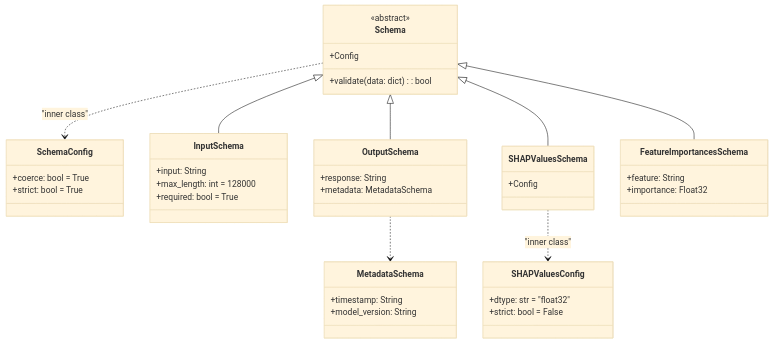
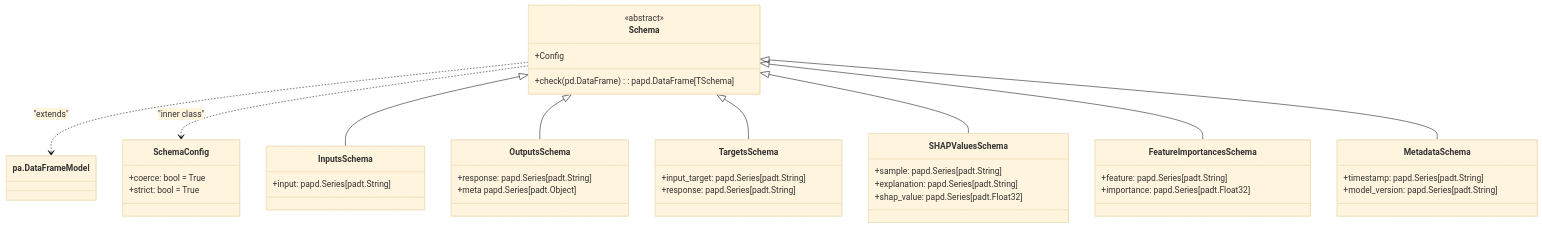
Before and after one commit to lgcorzo/llmops-python-package: the diagram in Documents/Schemas_stories.md, drawn with Mermaid (base theme). The commit also changed other lines of this file and 25 other files, not shown here.

````diff
--- a/Documents/Schemas_stories.md
+++ b/Documents/Schemas_stories.md
@@ -14,59 +23,59 @@
 ```mermaid
 classDiagram
-    %% Base Schema Class
+    %% Base Class: Schema
     class Schema {
         <<abstract>>
         +Config
-        +validate(data: dict): bool
+        +check( pd.DataFrame): papd.DataFrame[TSchema]
     }
+    Schema ..> pa.DataFrameModel : "extends"
 
     %% Schema Config
     class SchemaConfig {
         +coerce: bool = True
         +strict: bool = True
     }
     Schema ..> SchemaConfig : "inner class"
 
-    %% InputSchema
-    class InputSchema {
-        +input: String
-        +max_length: int = 128000
-        +required: bool = True
+    %% InputsSchema
+    class InputsSchema {
+        +input: papd.Series[padt.String]
     }
-    Schema <|-- InputSchema
+    Schema <|-- InputsSchema
 
-    %% OutputSchema
-    class OutputSchema {
-        +response: String
-        +metadata: MetadataSchema
+    %% OutputsSchema
+    class OutputsSchema {
+        +response: papd.Series[padt.String]
+        +meta papd.Series[padt.Object]
     }
-    Schema <|-- OutputSchema
+    Schema <|-- OutputsSchema
 
-    %% MetadataSchema
-    class MetadataSchema {
-        +timestamp: String
-        +model_version: String
+    %% TargetsSchema
+    class TargetsSchema {
+        +input_target: papd.Series[padt.String]
+        +response: papd.Series[padt.String]
     }
-    OutputSchema ..> MetadataSchema
+    Schema <|-- TargetsSchema
 
     %% SHAPValuesSchema
     class SHAPValuesSchema {
-        +Config
+        +sample: papd.Series[padt.String]
+        +explanation: papd.Series[padt.String]
+        +shap_value: papd.Series[padt.Float32]
     }
     Schema <|-- SHAPValuesSchema
 
-    class SHAPValuesConfig {
-        +dtype: str = "float32"
-        +strict: bool = False
-    }
-    SHAPValuesSchema ..> SHAPValuesConfig : "inner class"
-
     %% FeatureImportancesSchema
     class FeatureImportancesSchema {
-        +feature: String
-        +importance: Float32
+        +feature: papd.Series[padt.String]
+        +importance: papd.Series[padt.Float32]
     }
     Schema <|-- FeatureImportancesSchema
-
-
+    
+    %% MetadataSchema
+    class MetadataSchema {
+      +timestamp: papd.Series[padt.String]
+      +model_version: papd.Series[padt.String]
+    }
+    Schema <|-- MetadataSchema
 ```
````
